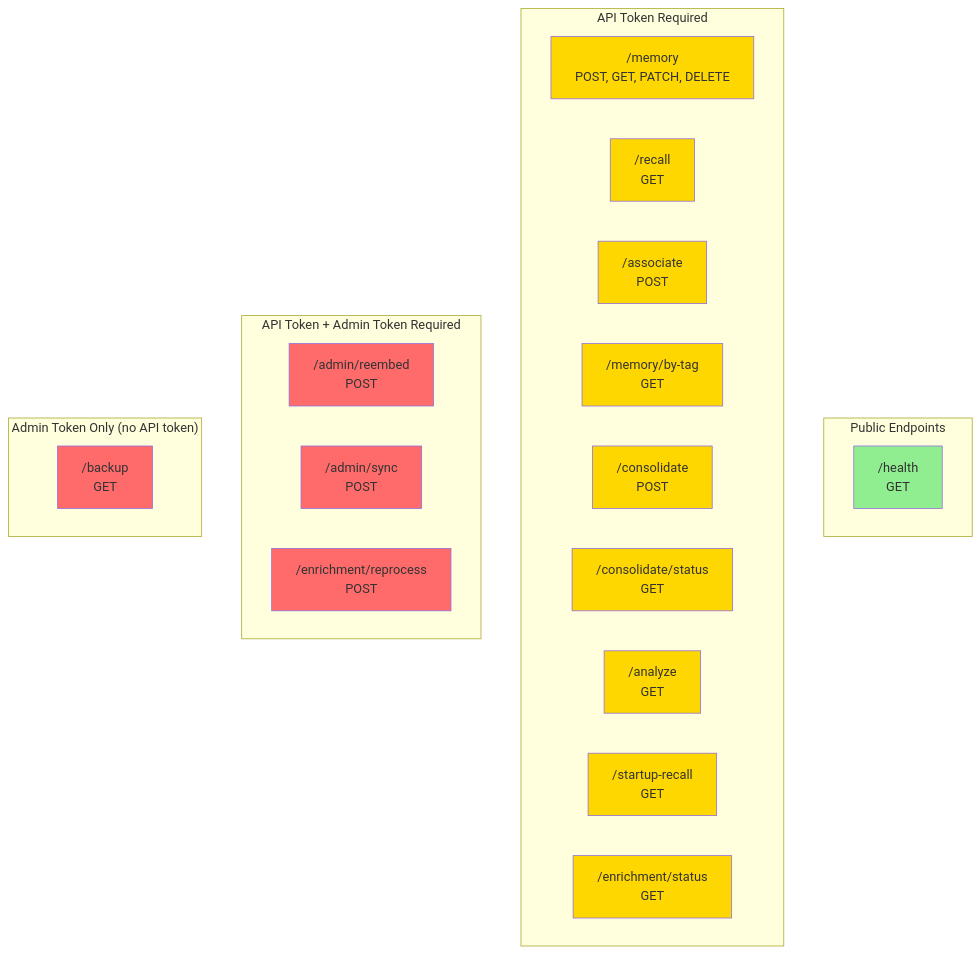
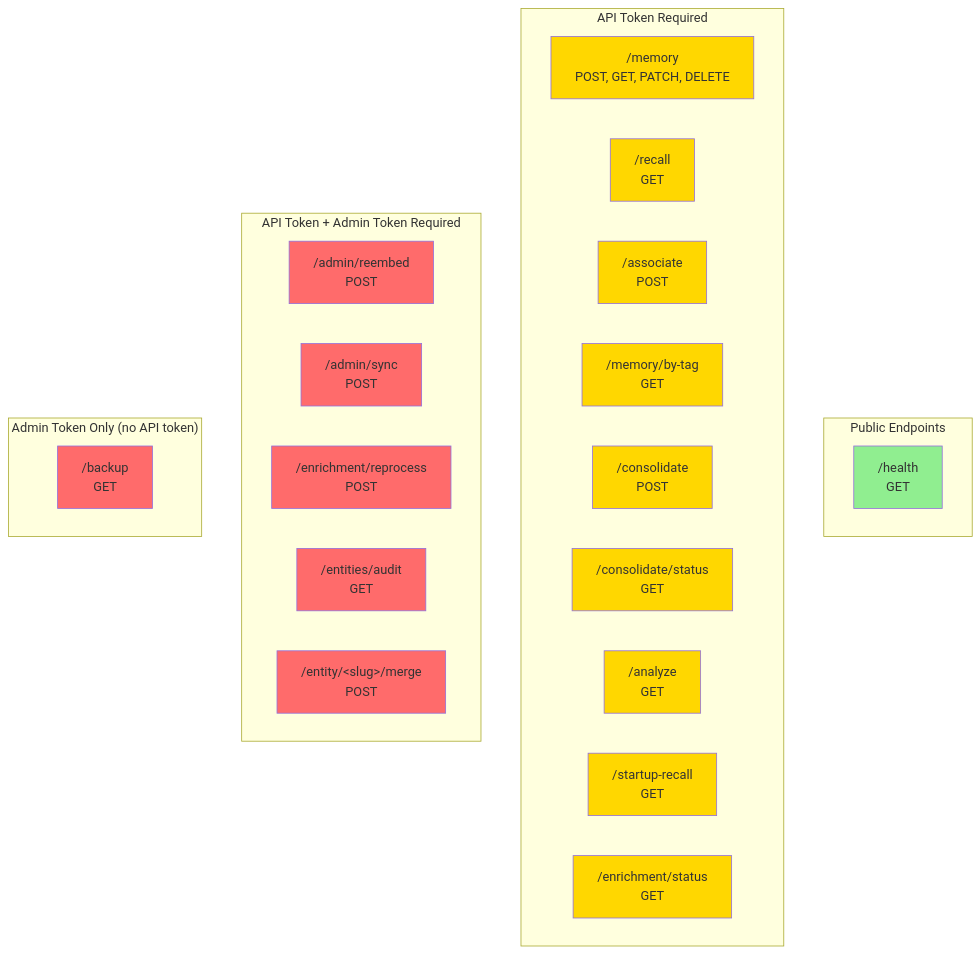
One commit to verygoodplugins/automem-website changed the third of 3 diagrams in src/content/docs/docs/reference/authentication.md. Above: the diagram before and after it, drawn with Mermaid. The commit also changed other lines of this file, not shown here.

````diff
--- a/src/content/docs/docs/reference/authentication.md
+++ b/src/content/docs/docs/reference/authentication.md
@@ -160,43 +163,47 @@
 ```mermaid
 graph TB
     subgraph "Public Endpoints"
         Health["/health<br/>GET"]
     end
 
     subgraph "API Token Required"
         Memory["/memory<br/>POST, GET, PATCH, DELETE"]
         Recall["/recall<br/>GET"]
         Associate["/associate<br/>POST"]
         ByTag["/memory/by-tag<br/>GET"]
         Consolidate["/consolidate<br/>POST"]
         ConsolidateStatus["/consolidate/status<br/>GET"]
         Analyze["/analyze<br/>GET"]
         StartupRecall["/startup-recall<br/>GET"]
         EnrichStatus["/enrichment/status<br/>GET"]
     end
 
     subgraph "API Token + Admin Token Required"
         Reembed["/admin/reembed<br/>POST"]
         Sync["/admin/sync<br/>POST"]
         Reprocess["/enrichment/reprocess<br/>POST"]
+        EntitiesAudit["/entities/audit<br/>GET"]
+        EntityMerge["/entity/&lt;slug&gt;/merge<br/>POST"]
     end
 
     subgraph "Admin Token Only (no API token)"
         Backup["/backup<br/>GET"]
     end
 
     style Health fill:#90EE90
     style Memory fill:#FFD700
     style Recall fill:#FFD700
     style Associate fill:#FFD700
     style ByTag fill:#FFD700
     style Consolidate fill:#FFD700
     style ConsolidateStatus fill:#FFD700
     style Analyze fill:#FFD700
     style StartupRecall fill:#FFD700
     style EnrichStatus fill:#FFD700
     style Reembed fill:#FF6B6B
     style Sync fill:#FF6B6B
     style Reprocess fill:#FF6B6B
+    style EntitiesAudit fill:#FF6B6B
+    style EntityMerge fill:#FF6B6B
     style Backup fill:#FF6B6B
 ```
````
